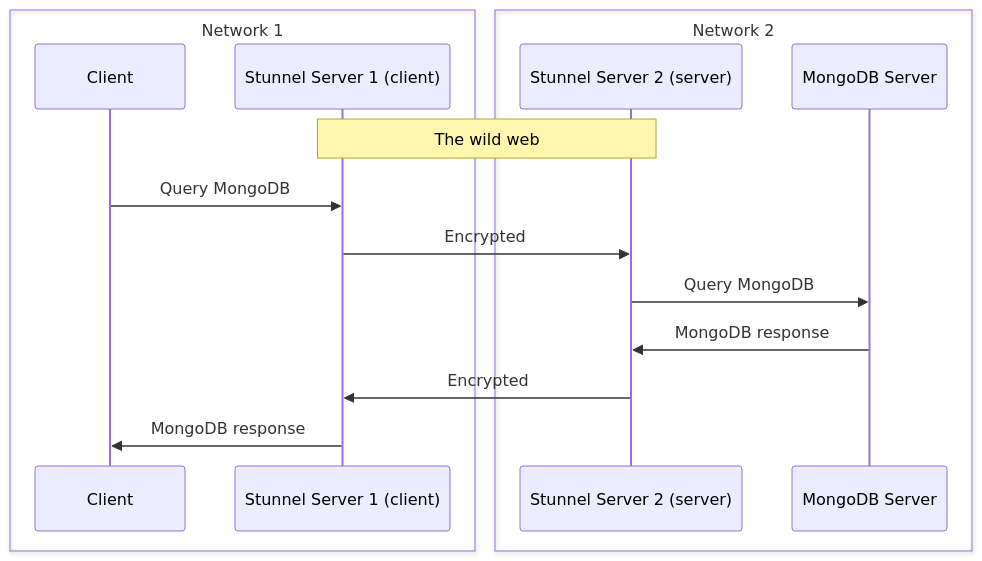
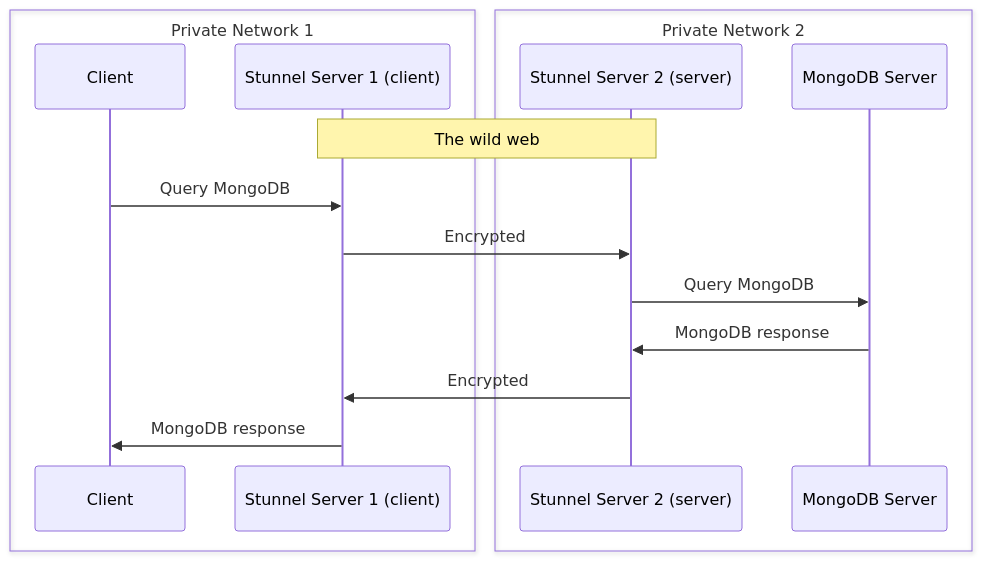
Before and after one commit to openfoodfacts/openfoodfacts-infrastructure: the diagram in docs/stunnel.md, drawn with Mermaid. The commit also changed other lines of this file and 1 other file, not shown here.

````diff
--- a/docs/stunnel.md
+++ b/docs/stunnel.md
@@ -10,18 +10,18 @@
 ```mermaid
 sequenceDiagram
-    box  Network 1
+    box  Private Network 1
       Participant Cli as Client
       Participant Scli as Stunnel Server 1 (client)
     End
-    box Network 2
+    box Private Network 2
       Participant Sserv as Stunnel Server 2 (server)
       Participant Mongo as MongoDB Server
     End
     Note over Scli,Sserv: The wild web
     Cli->>Scli: Query MongoDB
     Scli->>Sserv: Encrypted
     Sserv->>Mongo: Query MongoDB
     Mongo->>Sserv: MongoDB response
     Sserv->>Scli: Encrypted
     Scli->>Cli: MongoDB response
 ```
````
